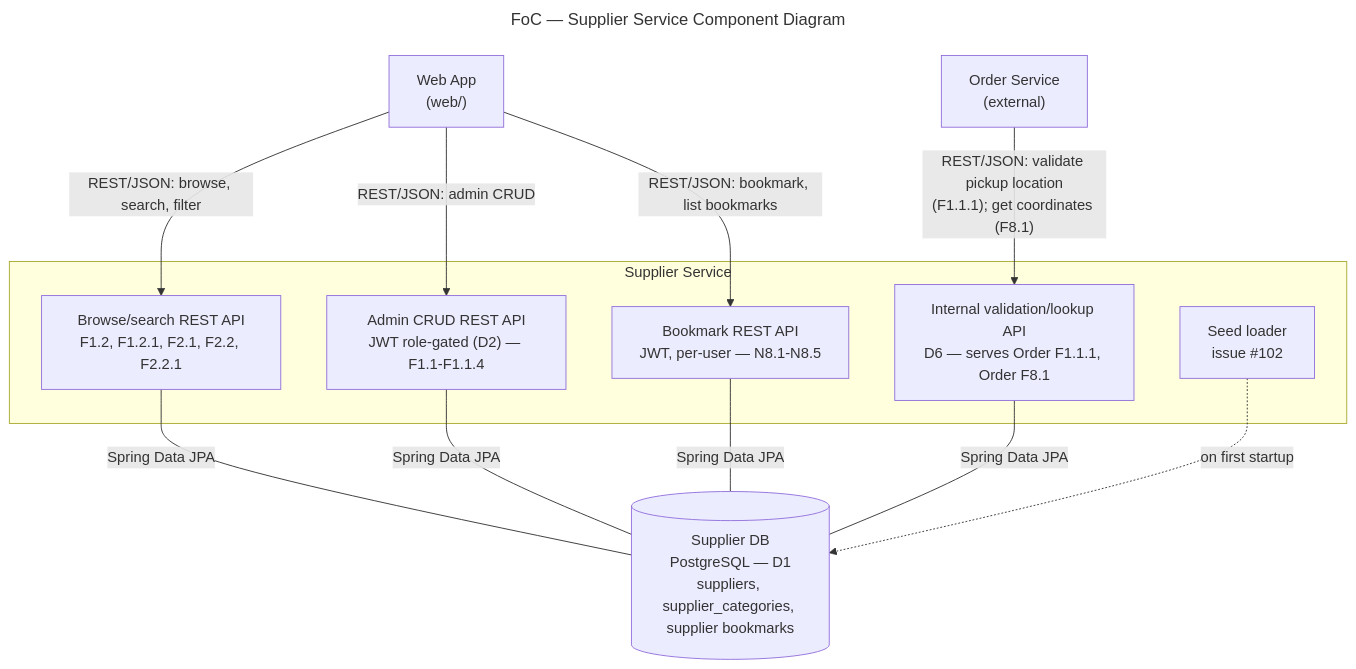
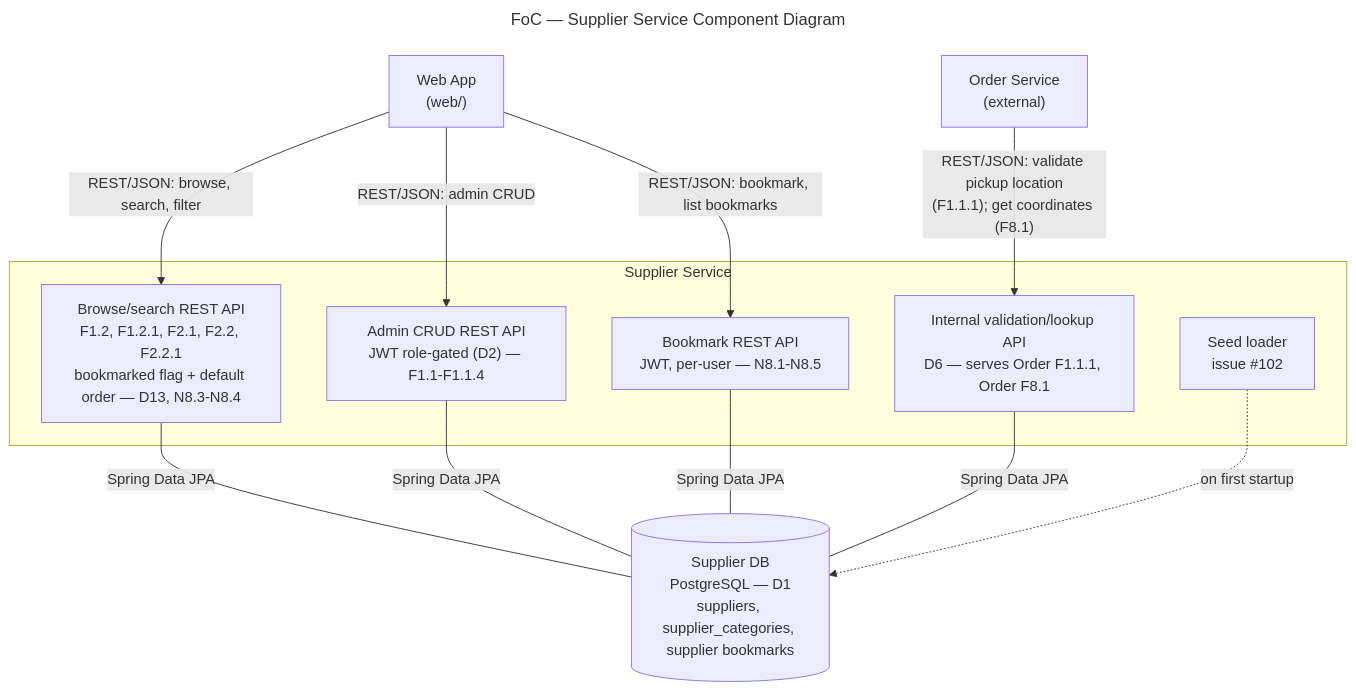
Before and after one commit to AY2627S1-CS3219-P23/foc: the diagram in docs/supplier-service.mmd, drawn with Mermaid. The commit also changed 3 other files, not shown here.

Commit message:
docs: add D13 bookmarks-first only when no search or filter applied

```diff
--- a/docs/supplier-service.mmd
+++ b/docs/supplier-service.mmd
@@ -1,37 +1,39 @@
 ---
 title: "FoC — Supplier Service Component Diagram"
 ---
 %% AI-assisted (CS3219 AI Usage Policy disclosure):
 %% Tool: Claude, 2026-09-21; revised 2026-09-27 (Claude Code, Sonnet 5).
 %% Scope: Companion diagram to supplier-service.md, drafted from the
 %% team's finalized D1 backlog. Same status as the doc: proposals
 %% pending owner/team review (see supplier-service.md, D1-D8).
 %% 2026-09-27: dropped "zones" from the Supplier DB label — team
 %% decision to drop the zone feature (see supplier-service.md, D4).
 %% 2026-10-19 (Claude Code, Sonnet 5.5): bookmark API and table added
 %% for N8 (see supplier-service.md, D9-D12). Transcription only.
+%% 2026-10-19: browse/search API label gains the bookmarked flag and
+%% default order (D13). Transcription only.
 %% Reviewed by: XXX
 flowchart TB
     WEB["Web App<br/>(web/)"]
     ORDER_SVC["Order Service<br/>(external)"]
 
     subgraph SUP["Supplier Service"]
-        API["Browse/search REST API<br/>F1.2, F1.2.1, F2.1, F2.2, F2.2.1"]
+        API["Browse/search REST API<br/>F1.2, F1.2.1, F2.1, F2.2, F2.2.1<br/>bookmarked flag + default order — D13, N8.3-N8.4"]
         ADMIN_API["Admin CRUD REST API<br/>JWT role-gated (D2) — F1.1-F1.1.4"]
         VALID_API["Internal validation/lookup API<br/>D6 — serves Order F1.1.1, Order F8.1"]
         BOOKMARK_API["Bookmark REST API<br/>JWT, per-user — N8.1-N8.5"]
         SEED["Seed loader<br/>issue #102"]
     end
 
     SUP_DB[("Supplier DB<br/>PostgreSQL — D1<br/>suppliers, supplier_categories, supplier bookmarks")]
 
     WEB -->|"REST/JSON: browse, search, filter"| API
     WEB -->|"REST/JSON: admin CRUD"| ADMIN_API
     WEB -->|"REST/JSON: bookmark, list bookmarks"| BOOKMARK_API
     ORDER_SVC -->|"REST/JSON: validate pickup location<br/>(F1.1.1); get coordinates (F8.1)"| VALID_API
 
     API ---|"Spring Data JPA"| SUP_DB
     ADMIN_API ---|"Spring Data JPA"| SUP_DB
     VALID_API ---|"Spring Data JPA"| SUP_DB
     BOOKMARK_API ---|"Spring Data JPA"| SUP_DB
     SEED -.->|"on first startup"| SUP_DB
```
